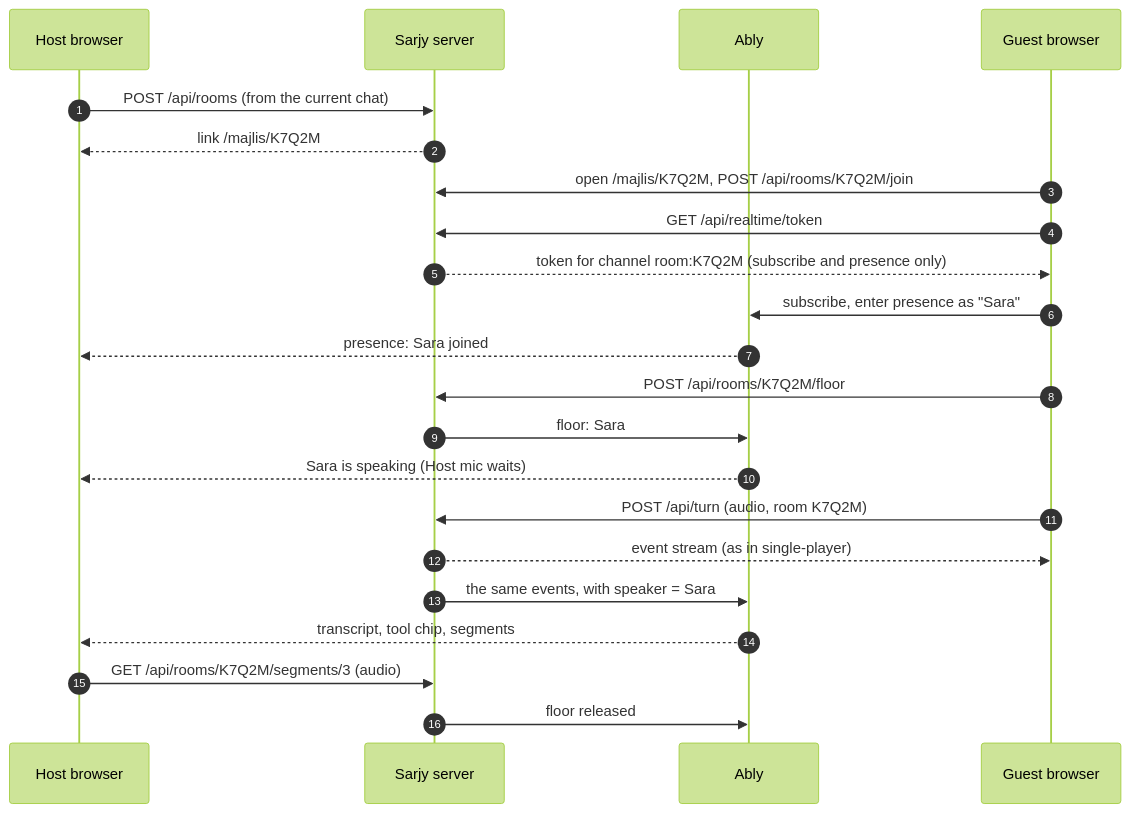
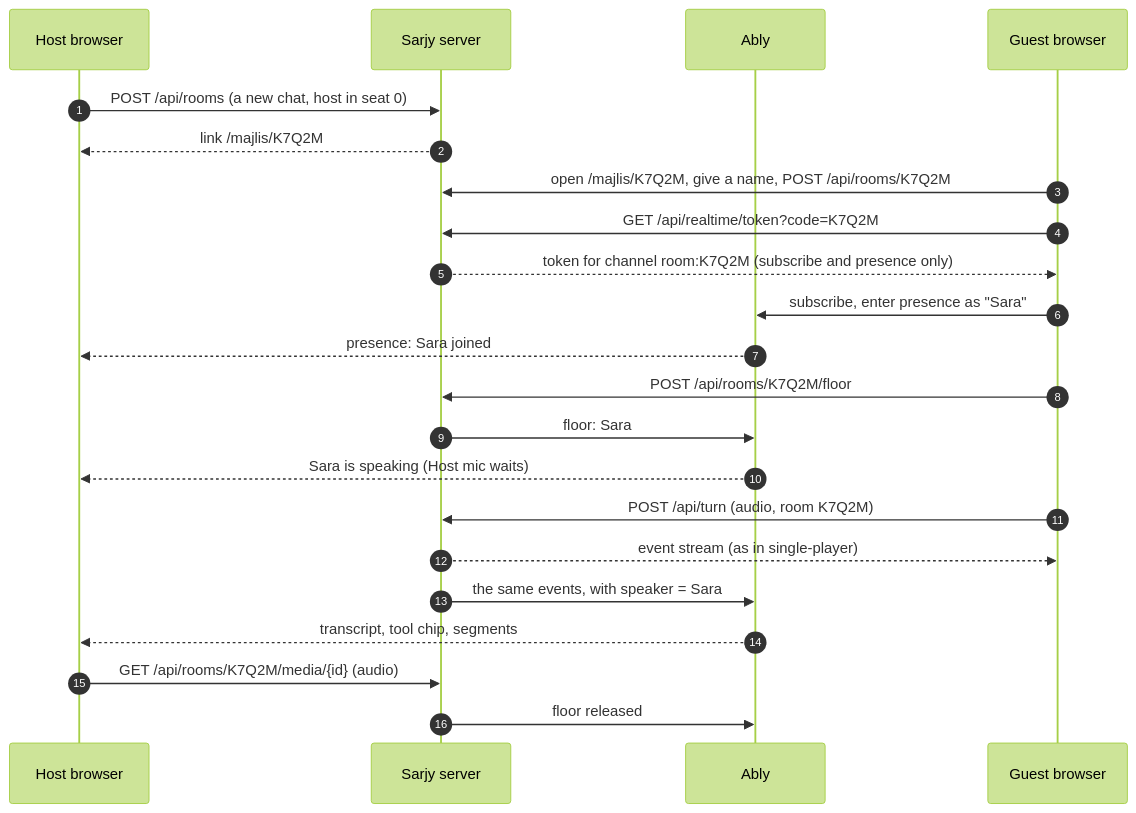
The fourth of 5 diagrams in docs/02-ARCHITECTURE.md (Turki-Sh/Sarjy), drawn with Mermaid (forest theme) before and after one commit. The commit also changed other lines of this file and 65 other files, not shown here.

````diff
--- a/docs/02-ARCHITECTURE.md
+++ b/docs/02-ARCHITECTURE.md
@@ -464,25 +471,25 @@
 ```mermaid
 sequenceDiagram
   autonumber
   participant H as Host browser
   participant S as Sarjy server
   participant A as Ably
   participant G as Guest browser
 
-  H->>S: POST /api/rooms (from the current chat)
+  H->>S: POST /api/rooms (a new chat, host in seat 0)
   S-->>H: link /majlis/K7Q2M
-  G->>S: open /majlis/K7Q2M, POST /api/rooms/K7Q2M/join
-  G->>S: GET /api/realtime/token
+  G->>S: open /majlis/K7Q2M, give a name, POST /api/rooms/K7Q2M
+  G->>S: GET /api/realtime/token?code=K7Q2M
   S-->>G: token for channel room:K7Q2M (subscribe and presence only)
   G->>A: subscribe, enter presence as "Sara"
   A-->>H: presence: Sara joined
   G->>S: POST /api/rooms/K7Q2M/floor
   S->>A: floor: Sara
   A-->>H: Sara is speaking (Host mic waits)
   G->>S: POST /api/turn (audio, room K7Q2M)
   S-->>G: event stream (as in single-player)
   S->>A: the same events, with speaker = Sara
   A-->>H: transcript, tool chip, segments
-  H->>S: GET /api/rooms/K7Q2M/segments/3 (audio)
+  H->>S: GET /api/rooms/K7Q2M/media/{id} (audio)
   S->>A: floor released
 ```
````
